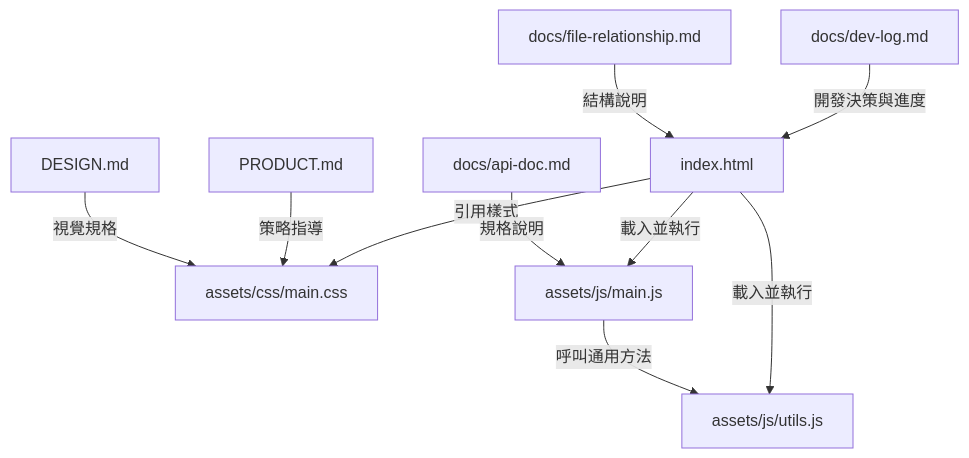
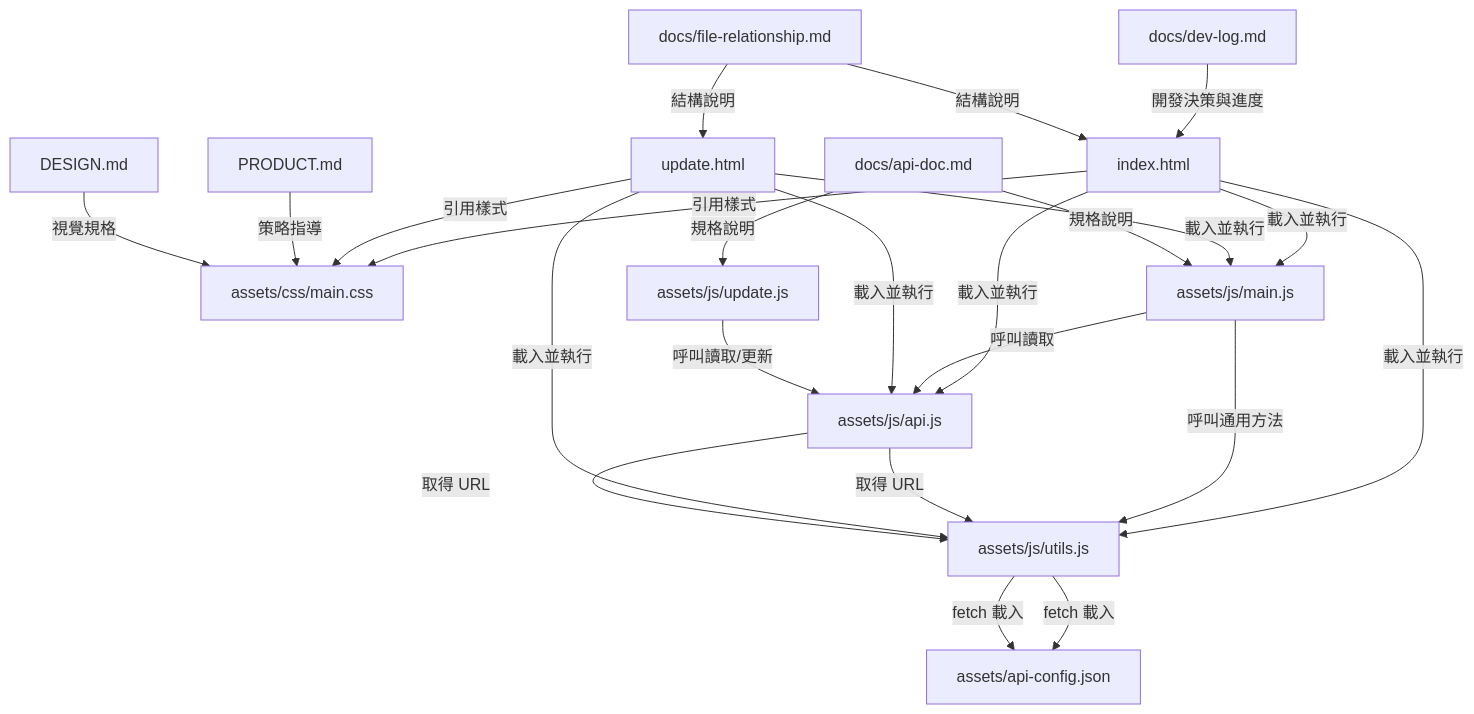
One commit to s99113266/API_System_Practise changed the diagram in docs/file-relationship.md. Above: the diagram before and after it, drawn with Mermaid. The commit also changed other lines of this file and 14 other files, not shown here.

````diff
--- a/docs/file-relationship.md
+++ b/docs/file-relationship.md
@@ -27,12 +31,25 @@
 ```mermaid
 flowchart TD
     A[index.html] -->|引用樣式| B[assets/css/main.css]
     A -->|載入並執行| C[assets/js/main.js]
     A -->|載入並執行| D[assets/js/utils.js]
+    A -->|載入並執行| K[assets/js/api.js]
     C -->|呼叫通用方法| D
+    C -->|呼叫讀取| K
+    K -->|取得 URL| D
+    D -->|fetch 載入| J[assets/api-config.json]
+    L[update.html] -->|引用樣式| B[assets/css/main.css]
+    L -->|載入並執行| C
+    L -->|載入並執行| D
+    L -->|載入並執行| K
+    M[assets/js/update.js] -->|呼叫讀取/更新| K
+    K -->|取得 URL| D
+    D -->|fetch 載入| J[assets/api-config.json]
     E[docs/api-doc.md] -->|規格說明| C
+    E -->|規格說明| M
     F[PRODUCT.md] -->|策略指導| B
     G[DESIGN.md] -->|視覺規格| B
     H[docs/dev-log.md] -->|開發決策與進度| A
     I[docs/file-relationship.md] -->|結構說明| A
+    I -->|結構說明| L
 ```
````
